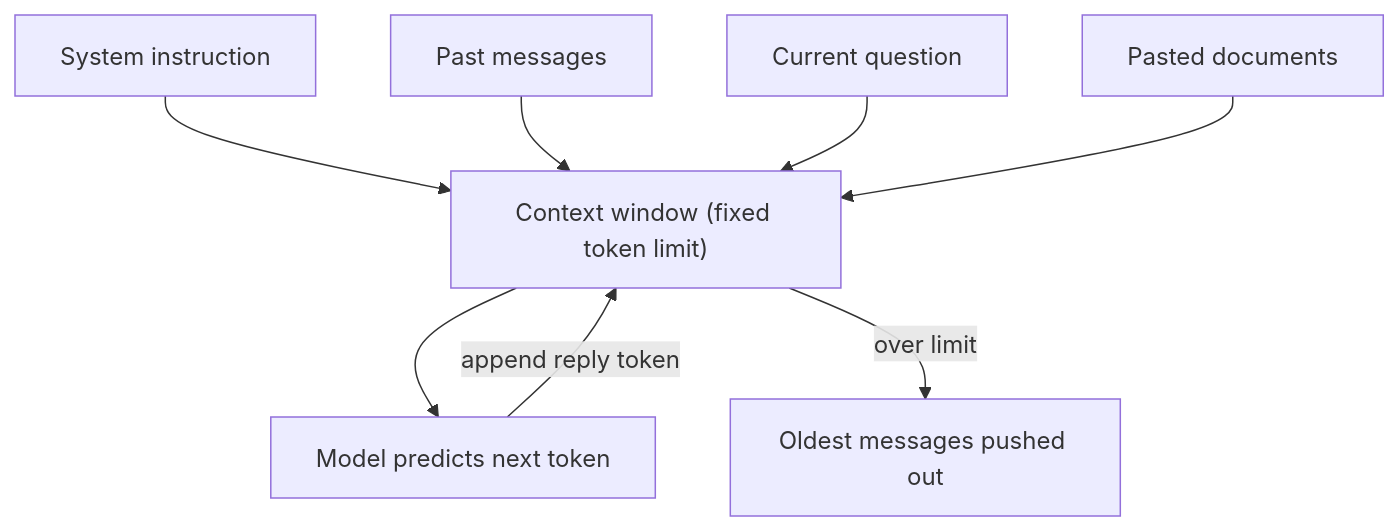
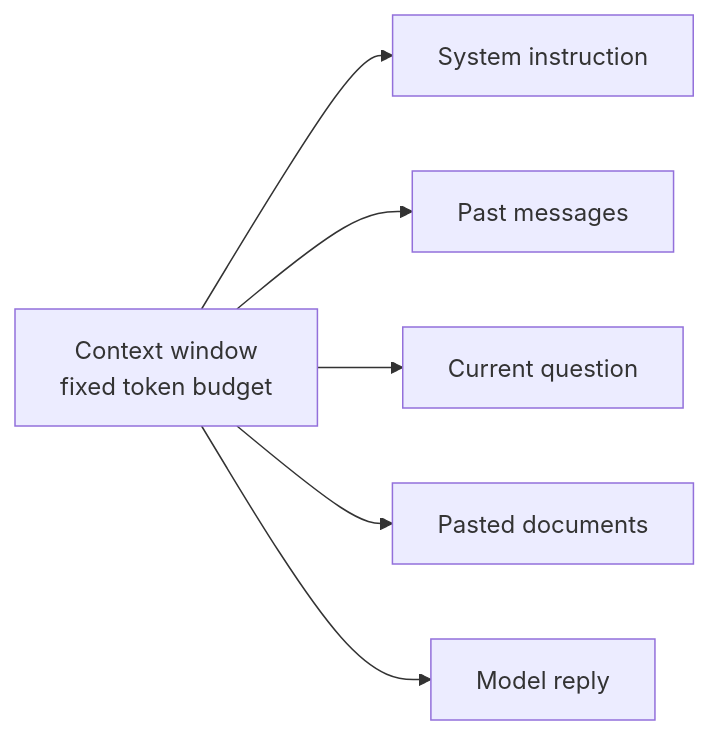
The second of 2 diagrams in notes/step-04-how-llms-generate-text/068-context-window.md (kaisarnajar/outcome-school-blogs), drawn with Mermaid before and after one commit. The commit also changed other lines of this file and 233 other files, not shown here.

````diff
--- a/notes/step-04-how-llms-generate-text/068-context-window.md
+++ b/notes/step-04-how-llms-generate-text/068-context-window.md
@@ -45,10 +59,8 @@
 ```mermaid
-flowchart TD
-    A["System instruction"] --> W["Context window (fixed token limit)"]
-    B["Past messages"] --> W
-    C["Current question"] --> W
-    D["Pasted documents"] --> W
-    W --> M["Model predicts next token"]
-    M -->|"append reply token"| W
-    W -->|"over limit"| X["Oldest messages pushed out"]
+flowchart LR
+    W0["Context window<br/>fixed token budget"] --> W1["System instruction"]
+    W0 --> W2["Past messages"]
+    W0 --> W3["Current question"]
+    W0 --> W4["Pasted documents"]
+    W0 --> W5["Model reply"]
 ```
````
